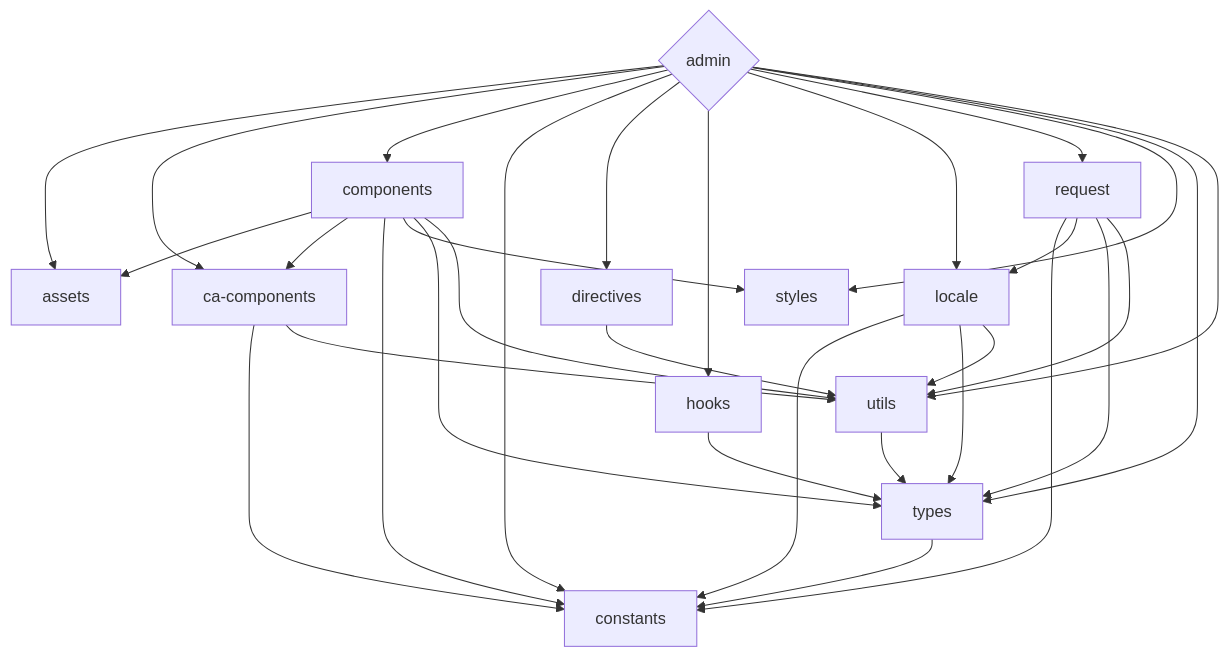
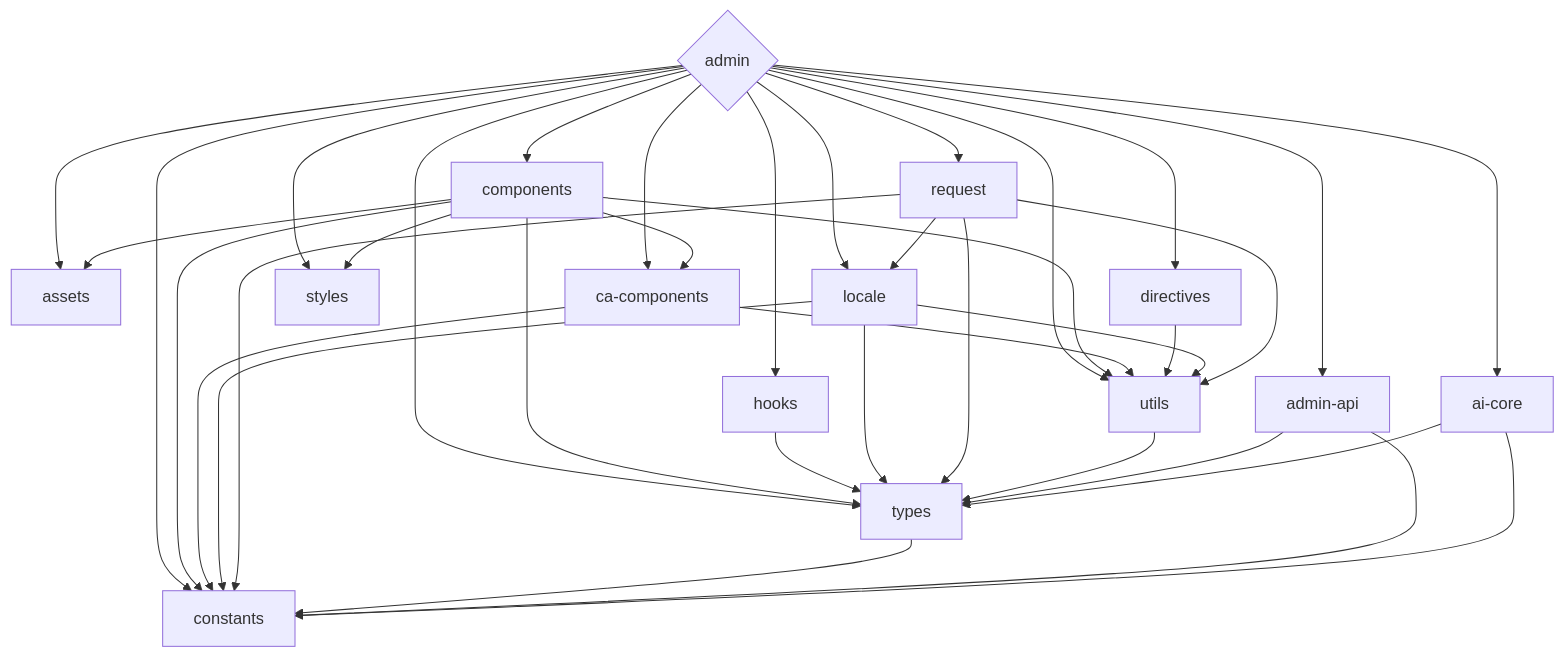
Before and after one commit to kirklin/celeris-web: the diagram in README.md, drawn with Mermaid. The commit also changed 8 other files, not shown here.

````diff
--- a/README.md
+++ b/README.md
@@ -48,44 +48,52 @@
 ```mermaid
  graph TD
    admin{admin}
+   admin --> admin-api
+   admin --> ai-core
    admin --> assets
    admin --> ca-components
    admin --> components
    admin --> constants
    admin --> directives
    admin --> hooks
    admin --> locale
    admin --> request
    admin --> styles
    admin --> types
    admin --> utils
    assets
    components
    components --> assets
    components --> ca-components
    components --> constants
    components --> styles
    components --> types
    components --> utils
    ca-components
    ca-components --> constants
    ca-components --> utils
    directives
    directives --> utils
    hooks
    hooks --> types
    locale
    locale --> constants
    locale --> types
    locale --> utils
    request
    request --> constants
    request --> locale
    request --> types
    request --> utils
    types
    types --> constants
    utils
    utils --> types
+   admin-api
+   admin-api --> constants
+   admin-api --> types
+   ai-core
+   ai-core --> constants
+   ai-core --> types
 
 ```
````
